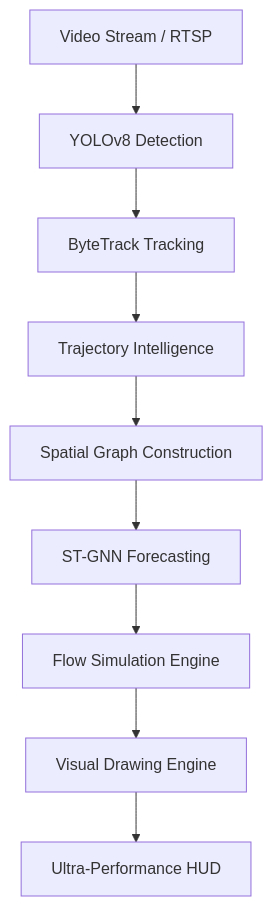
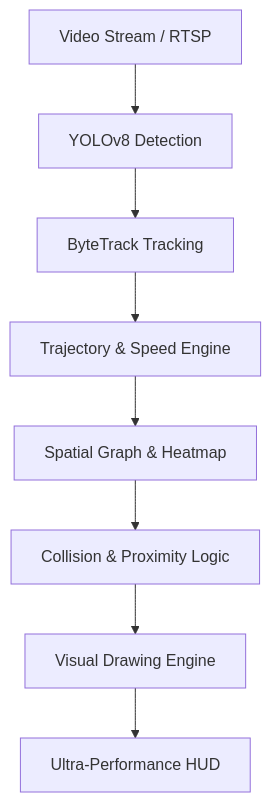
The diagram in README.md (darknecrocities/FlowCast-AI), drawn with Mermaid before and after one commit. The commit also changed other lines of this file and 8 other files, not shown here.

````diff
--- a/README.md
+++ b/README.md
@@ -31,11 +36,10 @@
 ```mermaid
 graph TD
     A[Video Stream / RTSP] --> B[YOLOv8 Detection]
     B --> C[ByteTrack Tracking]
-    C --> D[Trajectory Intelligence]
-    D --> E[Spatial Graph Construction]
-    E --> F[ST-GNN Forecasting]
-    F --> G[Flow Simulation Engine]
-    G --> H[Visual Drawing Engine]
-    H --> I[Ultra-Performance HUD]
+    C --> D[Trajectory & Speed Engine]
+    D --> E[Spatial Graph & Heatmap]
+    E --> F[Collision & Proximity Logic]
+    F --> G[Visual Drawing Engine]
+    G --> H[Ultra-Performance HUD]
 ```
````
